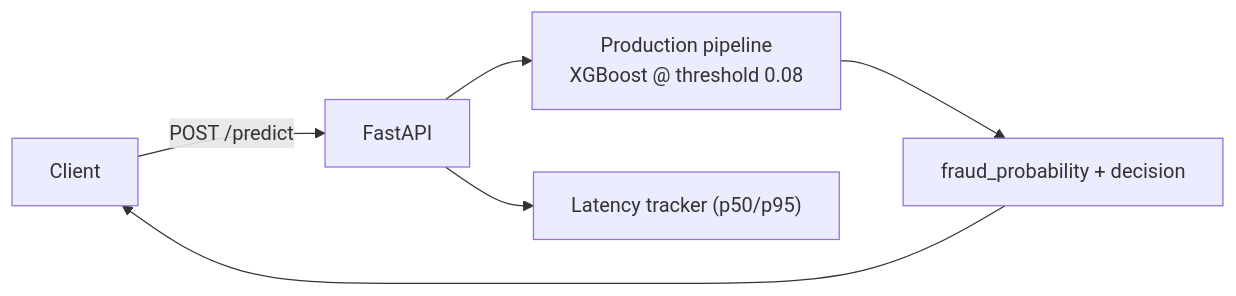
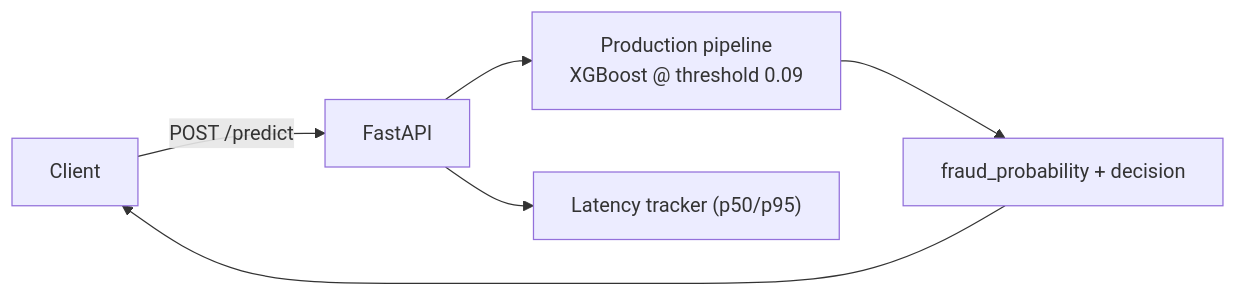
Before and after one commit to Charith-Reddy-Pareddy/Cost-Sensitive-Fraud-Detection-with-Threshold-Optimization: the second of 3 diagrams in README.md, drawn with Mermaid. The commit also changed other lines of this file, not shown here.

````diff
--- a/README.md
+++ b/README.md
@@ -87,8 +125,8 @@
 ```mermaid
 flowchart LR
     A["Client"] -->|"POST /predict"| B["FastAPI"]
-    B --> C["Production pipeline<br/>XGBoost @ threshold 0.08"]
+    B --> C["Production pipeline<br/>XGBoost @ threshold 0.09"]
     C --> D["fraud_probability + decision"]
     D --> A
     B --> E["Latency tracker (p50/p95)"]
 ```
````
